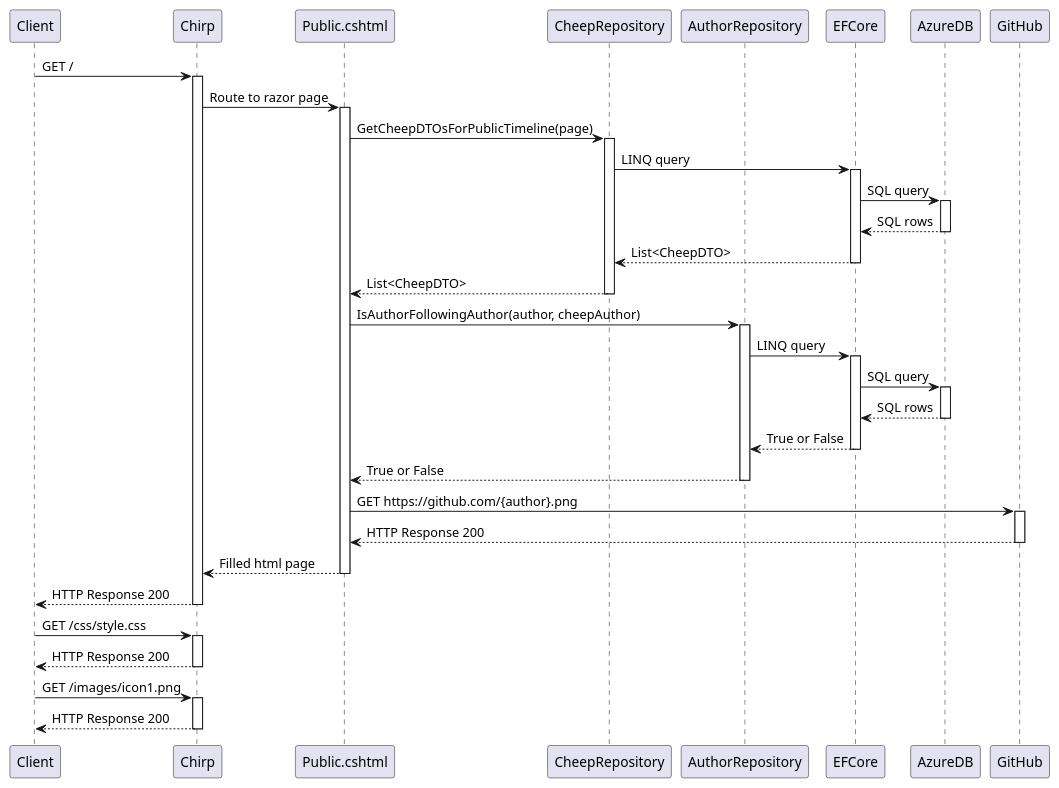
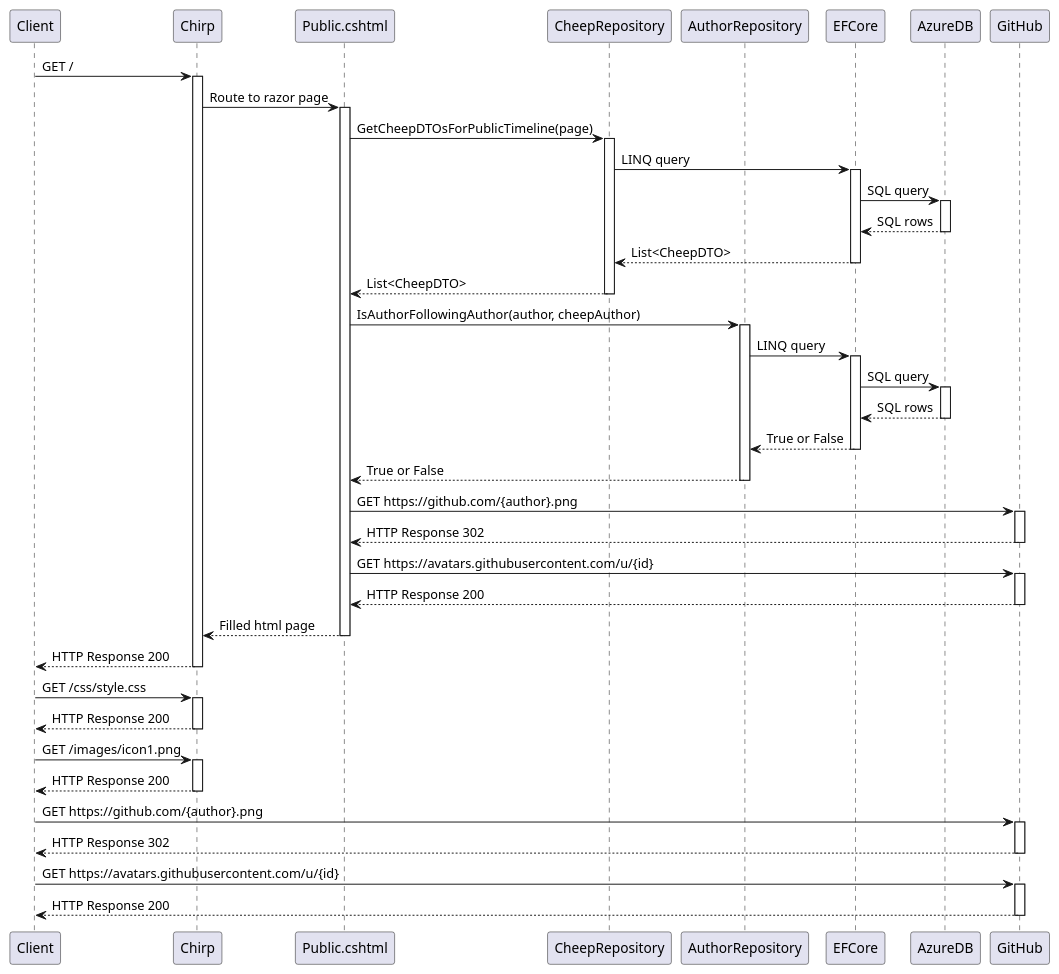
Before and after one commit to ITU-BDSA23-GROUP14/Chirp: the diagram in docs/diagrams/sequence.puml, drawn with PlantUML. The commit also changed 6 other files, not shown here.

```diff
--- a/docs/diagrams/sequence.puml
+++ b/docs/diagrams/sequence.puml
@@ -2,59 +2,75 @@
 @startuml sequence-diagram
 participant Client
 participant Chirp
 participant Public.cshtml
 participant CheepRepository
 participant AuthorRepository
 
 Client -> Chirp: GET /
 
 activate Chirp
 Chirp -> Public.cshtml: Route to razor page
 activate Public.cshtml
 
 Public.cshtml -> CheepRepository: GetCheepDTOsForPublicTimeline(page)
 activate CheepRepository
 CheepRepository -> EFCore: LINQ query
 activate EFCore
 EFCore -> AzureDB: SQL query
 activate AzureDB
 AzureDB --> EFCore: SQL rows
 deactivate AzureDB
 EFCore --> CheepRepository: List<CheepDTO>
 deactivate EFCore
 CheepRepository --> Public.cshtml: List<CheepDTO>
 deactivate CheepRepository
 
 Public.cshtml -> AuthorRepository: IsAuthorFollowingAuthor(author, cheepAuthor)
 activate AuthorRepository
 AuthorRepository -> EFCore: LINQ query
 activate EFCore
 EFCore -> AzureDB: SQL query
 activate AzureDB
 AzureDB --> EFCore: SQL rows
 deactivate AzureDB
 EFCore --> AuthorRepository: True or False
 deactivate EFCore
 AuthorRepository --> Public.cshtml: True or False
 deactivate AuthorRepository
 
 Public.cshtml -> GitHub: GET https://github.com/{author}.png
 activate GitHub
+GitHub --> Public.cshtml: HTTP Response 302
+deactivate GitHub
+
+Public.cshtml -> GitHub: GET https://avatars.githubusercontent.com/u/{id}
+activate GitHub
 GitHub --> Public.cshtml: HTTP Response 200
 deactivate GitHub
 
 Public.cshtml --> Chirp: Filled html page
 deactivate Public.cshtml
 Chirp --> Client: HTTP Response 200
 deactivate Chirp
 
 Client -> Chirp: GET /css/style.css
 activate Chirp
 Chirp --> Client: HTTP Response 200
 deactivate Chirp
 
 Client -> Chirp: GET /images/icon1.png
 activate Chirp
 Chirp --> Client: HTTP Response 200
 deactivate Chirp
+
+Client -> GitHub: GET https://github.com/{author}.png
+activate GitHub
+GitHub --> Client: HTTP Response 302
+deactivate GitHub
+
+Client -> GitHub: GET https://avatars.githubusercontent.com/u/{id}
+activate GitHub
+GitHub --> Client: HTTP Response 200
+deactivate GitHub
+
 @enduml
```
